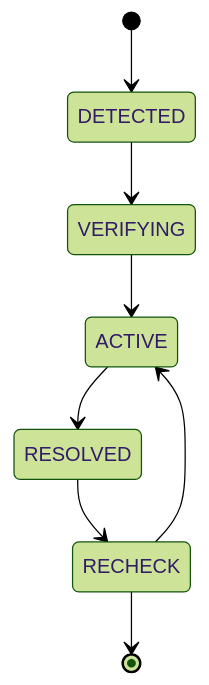
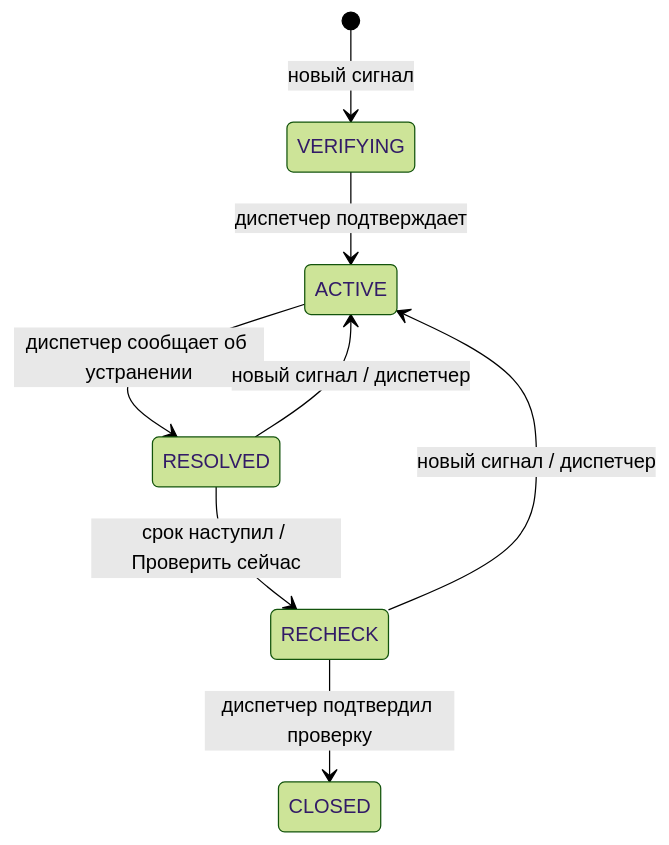
Before and after one commit to neeearina/t2-case-warm-route: the third of 3 diagrams in docs/ARCHITECTURE.md, drawn with Mermaid (forest theme). The commit also changed other lines of this file and 2 other files, not shown here.

````diff
--- a/docs/ARCHITECTURE.md
+++ b/docs/ARCHITECTURE.md
@@ -142,10 +61,10 @@
 ```mermaid
 stateDiagram-v2
-    [*] --> DETECTED
-    DETECTED --> VERIFYING
-    VERIFYING --> ACTIVE
-    ACTIVE --> RESOLVED
-    RESOLVED --> RECHECK
-    RECHECK --> ACTIVE
-    RECHECK --> [*]
+    [*] --> VERIFYING: новый сигнал
+    VERIFYING --> ACTIVE: диспетчер подтверждает
+    ACTIVE --> RESOLVED: диспетчер сообщает об устранении
+    RESOLVED --> RECHECK: срок наступил / Проверить сейчас
+    RESOLVED --> ACTIVE: новый сигнал / диспетчер
+    RECHECK --> ACTIVE: новый сигнал / диспетчер
+    RECHECK --> CLOSED: диспетчер подтвердил проверку
 ```
````
